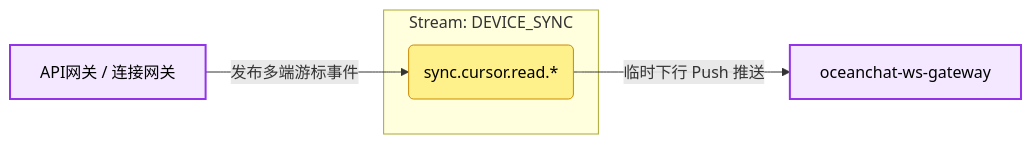
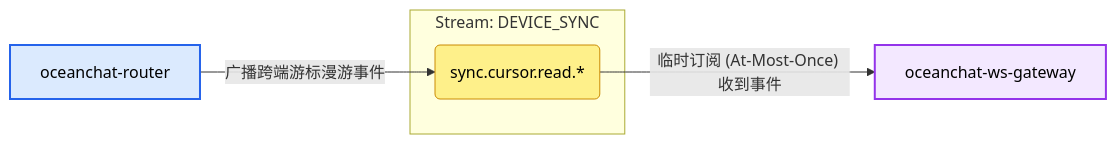
Before and after one commit to JamesWilson19970101/ocean.chat.docs: diagram 12 of 12 in i18n/zh-CN/docusaurus-plugin-content-docs/current/devdocs/jetstream-strategy.md, drawn with Mermaid. The commit also changed other lines of this file and 5 other files, not shown here.

First line of the commit message:
docs(architecture): update JetStream strategy, microservices and ADRs

````diff
--- a/i18n/zh-CN/docusaurus-plugin-content-docs/current/devdocs/jetstream-strategy.md
+++ b/i18n/zh-CN/docusaurus-plugin-content-docs/current/devdocs/jetstream-strategy.md
@@ -551,15 +546,16 @@
 ```mermaid
 flowchart LR
   classDef gateway fill:#f3e8ff,stroke:#9333ea,stroke-width:2px,color:#000;
+  classDef service fill:#dbeafe,stroke:#2563eb,stroke-width:2px,color:#000;
   classDef subject fill:#fef08a,stroke:#ca8a04,stroke-width:1px,color:#000;
 
-  P[API网关 / 连接网关]:::gateway
+  P[oceanchat-router]:::service
   C[oceanchat-ws-gateway]:::gateway
 
   subgraph Stream: DEVICE_SYNC
     SUB(sync.cursor.read.*):::subject
   end
 
-  P -- 发布多端游标事件 --> SUB
-  SUB -- 临时下行 Push 推送 --> C
+  P -- 广播跨端游标漫游事件 --> SUB
+  SUB -- 临时订阅 (At-Most-Once) 收到事件 --> C
 ```
````
